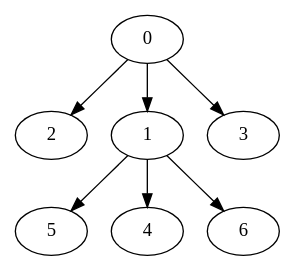
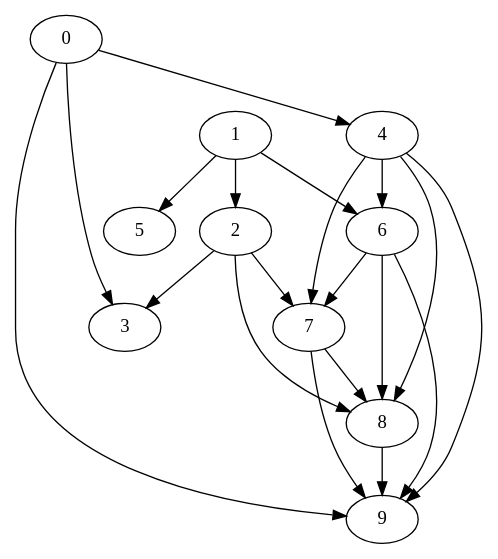
One commit to dder725/ProcessScheduler changed the diagram in INPUT-output.dot. Above: the diagram before and after it, drawn with Graphviz. The commit also changed 4 other files, not shown here.

```diff
--- a/INPUT-output.dot
+++ b/INPUT-output.dot
@@ -1,16 +1,32 @@
 digraph " Output " {
-5           [Weight=7,Start=15,Processor=0];
-2           [Weight=5,Start=22,Processor=0];
-0           [Weight=5,Start=0,Processor=1];
-0 -> 1      [Weight = 15];
-0 -> 2      [Weight = 11];
-0 -> 3      [Weight = 11];
-1           [Weight=6,Start=5,Processor=1];
-1 -> 4      [Weight = 19];
-1 -> 5      [Weight = 4];
-1 -> 6      [Weight = 21];
-3           [Weight=6,Start=11,Processor=1];
-4           [Weight=4,Start=17,Processor=1];
-6           [Weight=7,Start=21,Processor=1];
+0           [Weight=6,Start=0,Processor=0];
+0 -> 3      [Weight = 34];
+0 -> 4      [Weight = 24];
+0 -> 9      [Weight = 44];
+1           [Weight=5,Start=6,Processor=0];
+1 -> 2      [Weight = 48];
+1 -> 5      [Weight = 19];
+1 -> 6      [Weight = 39];
+2           [Weight=5,Start=11,Processor=0];
+2 -> 3      [Weight = 10];
+2 -> 7      [Weight = 48];
+2 -> 8      [Weight = 48];
+4           [Weight=3,Start=16,Processor=0];
+4 -> 6      [Weight = 10];
+4 -> 7      [Weight = 48];
+4 -> 8      [Weight = 48];
+4 -> 9      [Weight = 39];
+6           [Weight=8,Start=19,Processor=0];
+6 -> 7      [Weight = 15];
+6 -> 8      [Weight = 39];
+6 -> 9      [Weight = 29];
+7           [Weight=3,Start=27,Processor=0];
+7 -> 8      [Weight = 15];
+7 -> 9      [Weight = 34];
+8           [Weight=8,Start=30,Processor=0];
+8 -> 9      [Weight = 39];
+9           [Weight=8,Start=38,Processor=0];
+5           [Weight=7,Start=30,Processor=1];
+3           [Weight=10,Start=40,Processor=1];
 
 }
```
